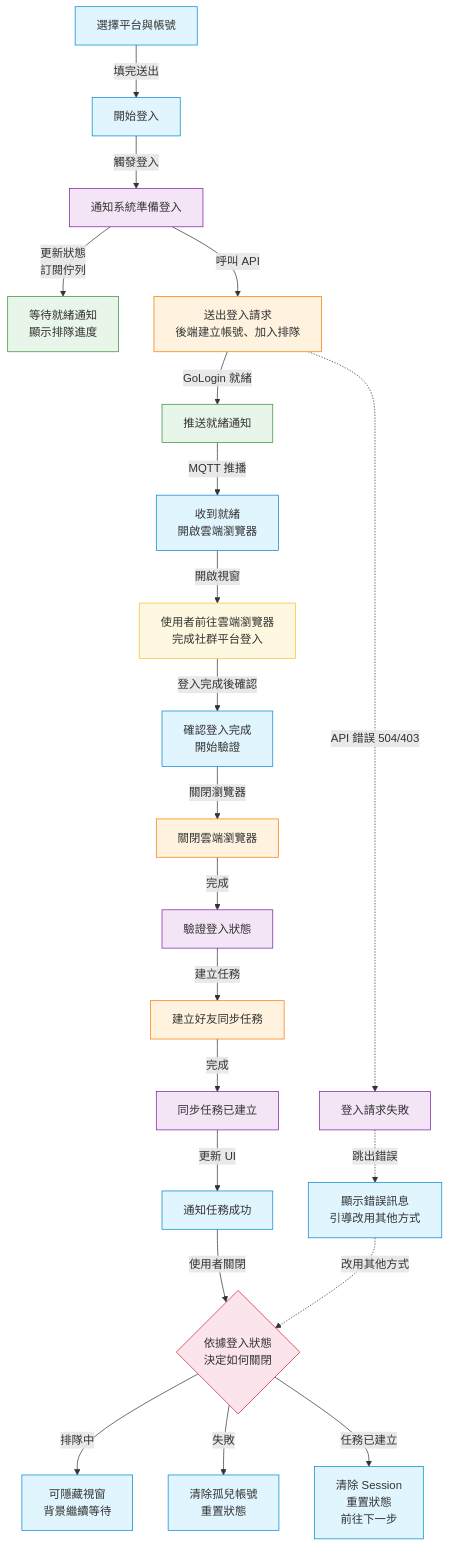
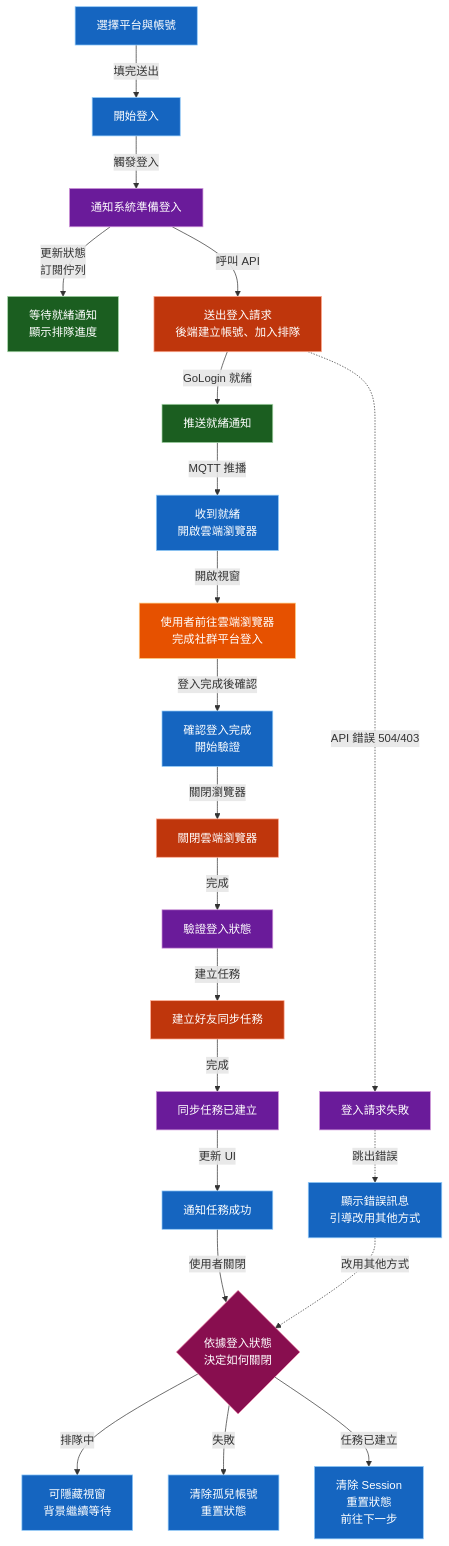
One commit to henry5720/work-docs changed the diagram in docs/teamsync/socailTend/login-flow.md. Above: the diagram before and after it, drawn with Mermaid.

Commit message:
docs: 更新社群帳號登入流程文件中的樣式定義，以支援暗色主題，提升可讀性與視覺效果

````diff
--- a/docs/teamsync/socailTend/login-flow.md
+++ b/docs/teamsync/socailTend/login-flow.md
@@ -81,66 +81,66 @@
 ```mermaid
 graph TD
-  %% 樣式定義
-  classDef ui fill:#e1f5fe,stroke:#0288d1
-  classDef hook fill:#f3e5f5,stroke:#7b1fa2
-  classDef backend fill:#fff3e0,stroke:#f57c00
-  classDef mqtt fill:#e8f5e9,stroke:#388e3c
-  classDef user fill:#fff8e1,stroke:#fbc02d
-  classDef decision fill:#fce4ec,stroke:#c62828
+  %% 樣式定義（暗色主題相容）
+  classDef ui fill:#1565C0,stroke:#90CAF9,color:#ffffff
+  classDef hook fill:#6A1B9A,stroke:#CE93D8,color:#ffffff
+  classDef backend fill:#BF360C,stroke:#FFAB91,color:#ffffff
+  classDef mqtt fill:#1B5E20,stroke:#A5D6A7,color:#ffffff
+  classDef user fill:#E65100,stroke:#FFCC80,color:#ffffff
+  classDef decision fill:#880E4F,stroke:#F48FB1,color:#ffffff
 
   %% ── 主流程（PM 語彙）──
 
   S1["選擇平台與帳號"]:::ui
   S2["開始登入"]:::ui
   S3["通知系統準備登入"]:::hook
   S4["等待就緒通知<br/>顯示排隊進度"]:::mqtt
   S5["送出登入請求<br/>後端建立帳號、加入排隊"]:::backend
   S6["推送就緒通知"]:::mqtt
   S7["收到就緒<br/>開啟雲端瀏覽器"]:::ui
   S8["使用者前往雲端瀏覽器<br/>完成社群平台登入"]:::user
   S9["確認登入完成<br/>開始驗證"]:::ui
   S10["關閉雲端瀏覽器"]:::backend
   S11["驗證登入狀態"]:::hook
   S12["建立好友同步任務"]:::backend
   S13["同步任務已建立"]:::hook
   S14["通知任務成功"]:::ui
 
   %% ── 決策節點（關閉 Modal）──
 
   D1{"依據登入狀態<br/>決定如何關閉"}:::decision
   D2["可隱藏視窗<br/>背景繼續等待"]:::ui
   D3["清除孤兒帳號<br/>重置狀態"]:::ui
   D4["清除 Session<br/>重置狀態<br/>前往下一步"]:::ui
 
   %% ── 失敗路徑 ──
 
   F1["登入請求失敗"]:::hook
   F2["顯示錯誤訊息<br/>引導改用其他方式"]:::ui
 
   %% ── 連線 ──
 
   S1 -->|填完送出| S2
   S2 -->|觸發登入| S3
   S3 -->|更新狀態<br/>訂閱佇列| S4
   S3 -->|呼叫 API| S5
   S5 -->|GoLogin 就緒| S6
   S6 -->|MQTT 推播| S7
   S7 -->|開啟視窗| S8
   S8 -->|登入完成後確認| S9
   S9 -->|關閉瀏覽器| S10
   S10 -->|完成| S11
   S11 -->|建立任務| S12
   S12 -->|完成| S13
   S13 -->|更新 UI| S14
   S14 -->|使用者關閉| D1
 
   %% 決策分支
   D1 -->|排隊中| D2
   D1 -->|失敗| D3
   D1 -->|任務已建立| D4
 
   %% 失敗路徑
   S5 -.->|API 錯誤 504/403| F1
   F1 -.->|跳出錯誤| F2
   F2 -.->|改用其他方式| D1
 ```
````
